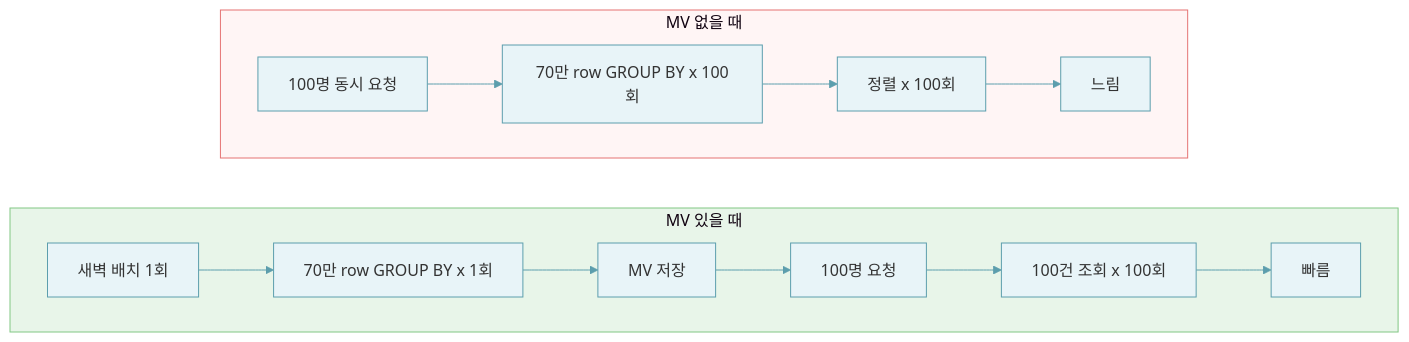
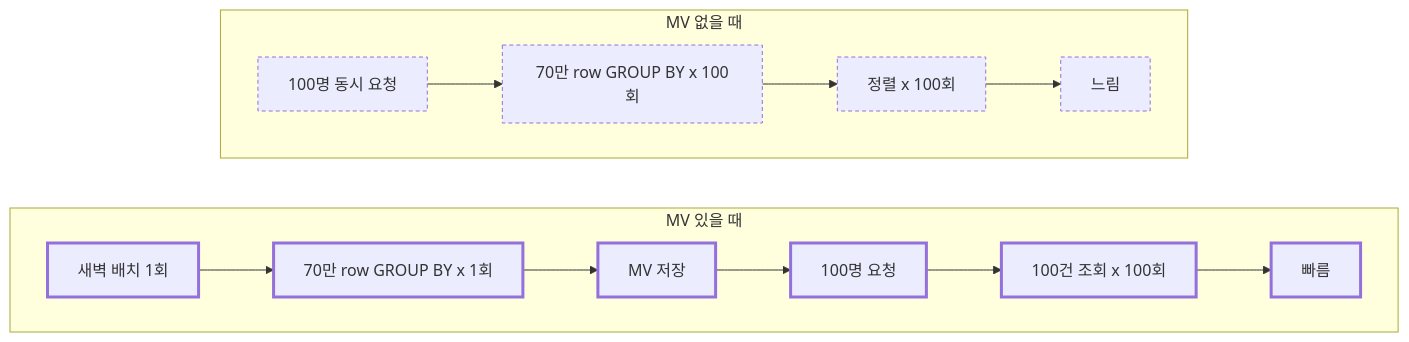
Before and after one commit to JeonJe/JeonJe.github.io: the diagram in _posts/loopers/2026-01-02-spring-batch-mv-ranking-aggregation.md, drawn with Mermaid. The commit also changed 2 other files, not shown here.

Commit message:
style: mermaid 도식이 라이트·다크 테마를 따라가도록 고정색 제거
init 디렉티브와 흰 배경, 검은 글자를 박아둔 classDef, style 선언을 걷어냈다.
배경을 칠하면 글자색은 테마가 정하므로 다크에서 연한 배경에 흰 글자가 되어 읽히지
않는다. 의미 강조는 색 대신 테두리 두께와 점선으로 바꿔 두 테마 모두에서 유지된다.

````diff
--- a/_posts/loopers/2026-01-02-spring-batch-mv-ranking-aggregation.md
+++ b/_posts/loopers/2026-01-02-spring-batch-mv-ranking-aggregation.md
@@ -170,18 +170,19 @@
 ```mermaid
-%%{init: {'theme': 'base', 'themeVariables': {'primaryColor': '#e8f4f8', 'primaryTextColor': '#333', 'primaryBorderColor': '#5c9ead', 'lineColor': '#5c9ead', 'secondaryColor': '#fff5f5', 'tertiaryColor': '#f0fff0'}}}%%
 flowchart TB
     subgraph WITHOUT["MV 없을 때"]
         direction LR
         A1["100명 동시 요청"] --> B1["70만 row GROUP BY x 100회"] --> C1["정렬 x 100회"] --> D1["느림"]
     end
 
     subgraph WITH["MV 있을 때"]
         direction LR
         A2["새벽 배치 1회"] --> B2["70만 row GROUP BY x 1회"] --> C2["MV 저장"] --> D2["100명 요청"] --> E2["100건 조회 x 100회"] --> F2["빠름"]
     end
 
     WITHOUT ~~~ WITH
 
-    style WITHOUT fill:#fff5f5,stroke:#e57373
-    style WITH fill:#e8f5e9,stroke:#81c784
+    classDef slow stroke-dasharray:4 3;
+    class A1,B1,C1,D1 slow;
+    classDef fast stroke-width:3px;
+    class A2,B2,C2,D2,E2,F2 fast;
 ```
````
